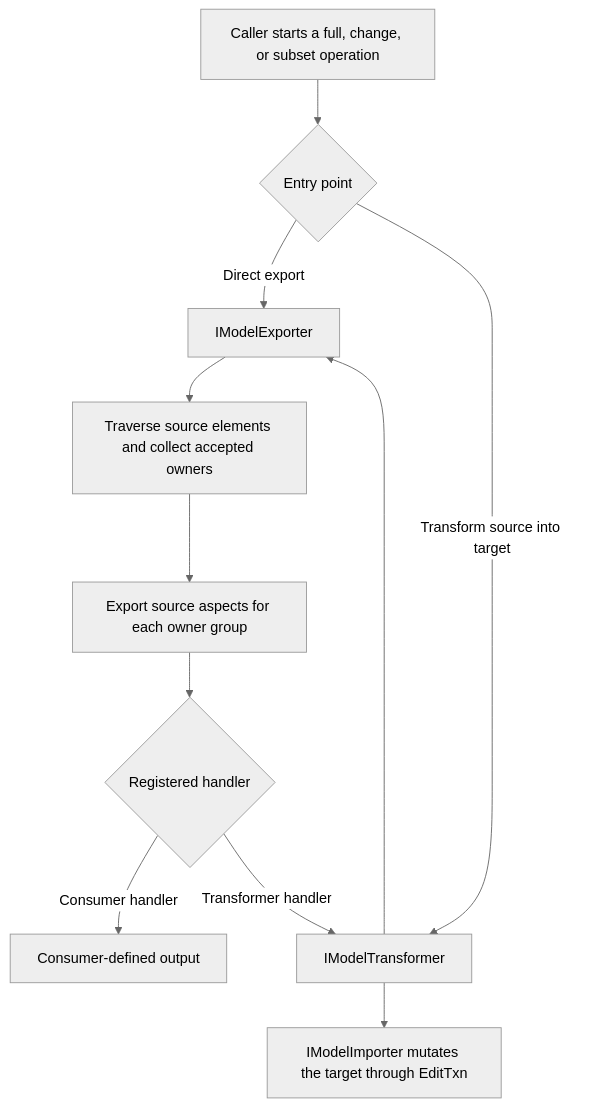
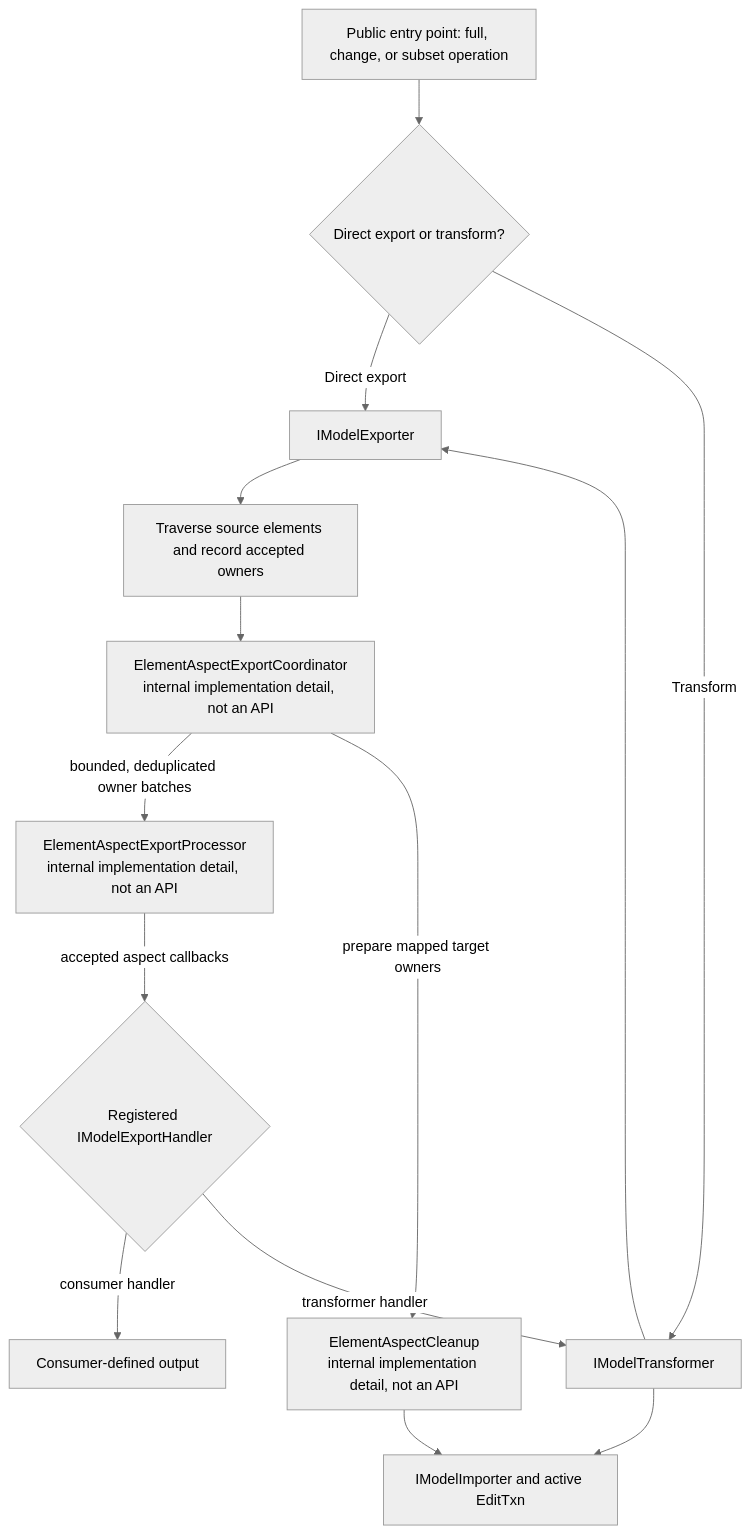
Before and after one commit to iTwin/imodel-transformer: the first of 2 diagrams in docs/learning/transformer/element-aspect-processing.md, drawn with Mermaid (neutral theme). The commit also changed other lines of this file and 11 other files, not shown here.

Commit message:
Address ElementAspect lifecycle review findings

````diff
--- a/docs/learning/transformer/element-aspect-processing.md
+++ b/docs/learning/transformer/element-aspect-processing.md
@@ -13,13 +13,16 @@
 ```mermaid
 flowchart TD
-    A["Caller starts a full, change, or subset operation"] --> B{"Entry point"}
+    A["Public entry point: full, change, or subset operation"] --> B{"Direct export or transform?"}
     B -->|"Direct export"| E["IModelExporter"]
-    B -->|"Transform source into target"| T["IModelTransformer"]
+    B -->|"Transform"| T["IModelTransformer"]
     T --> E
-    E --> C["Traverse source elements and collect accepted owners"]
-    C --> D["Export source aspects for each owner group"]
-    D --> H{"Registered handler"}
-    H -->|"Consumer handler"| U["Consumer-defined output"]
-    H -->|"Transformer handler"| T
-    T --> I["IModelImporter mutates the target through EditTxn"]
+    E --> C["Traverse source elements and record accepted owners"]
+    C --> CO["ElementAspectExportCoordinator<br/>internal implementation detail, not an API"]
+    CO -->|"bounded, deduplicated owner batches"| P["ElementAspectExportProcessor<br/>internal implementation detail, not an API"]
+    P -->|"accepted aspect callbacks"| H{"Registered IModelExportHandler"}
+    H -->|"consumer handler"| U["Consumer-defined output"]
+    H -->|"transformer handler"| T
+    CO -->|"prepare mapped target owners"| CL["ElementAspectCleanup<br/>internal implementation detail, not an API"]
+    CL --> I["IModelImporter and active EditTxn"]
+    T --> I
 ```
````
